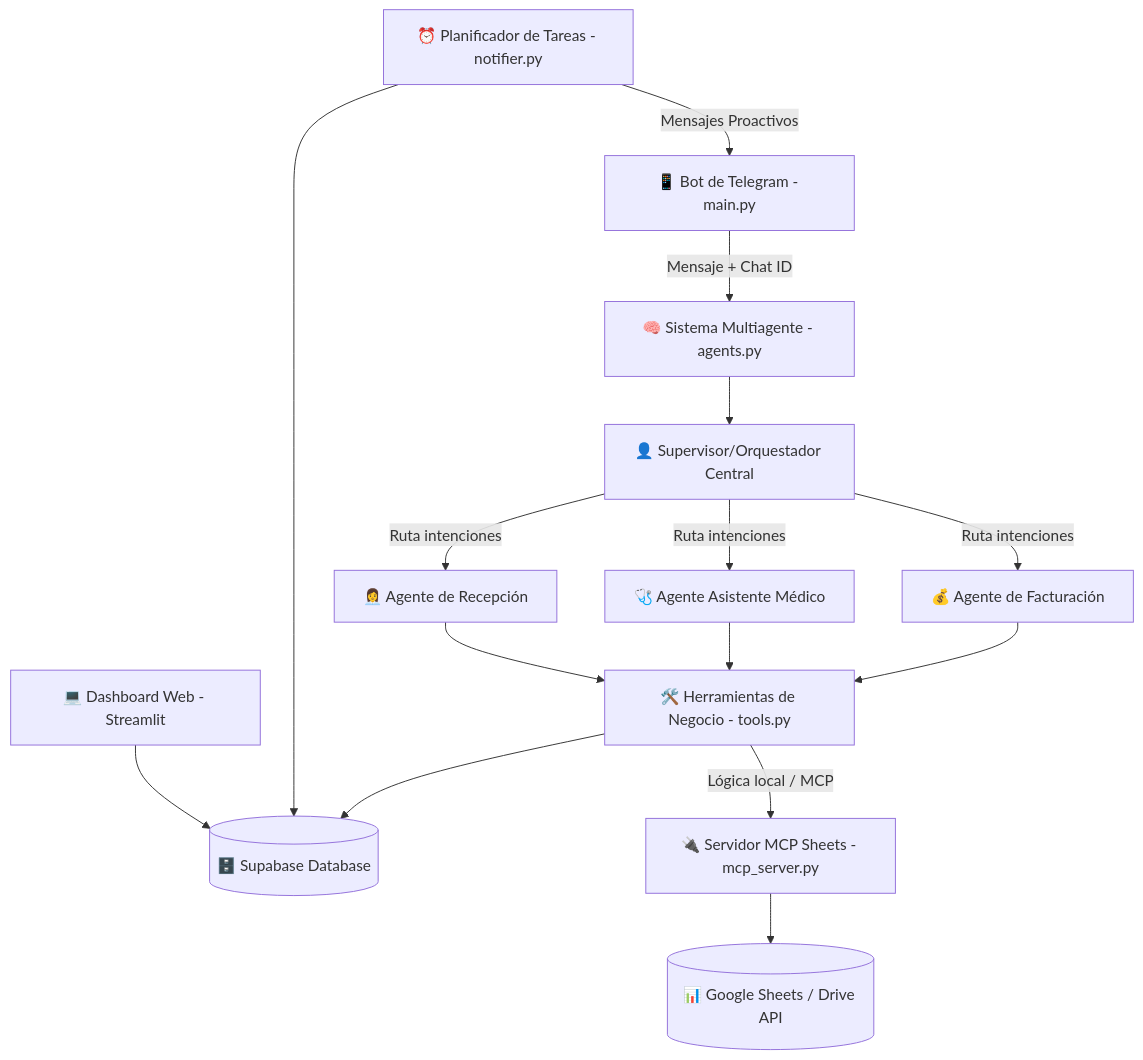
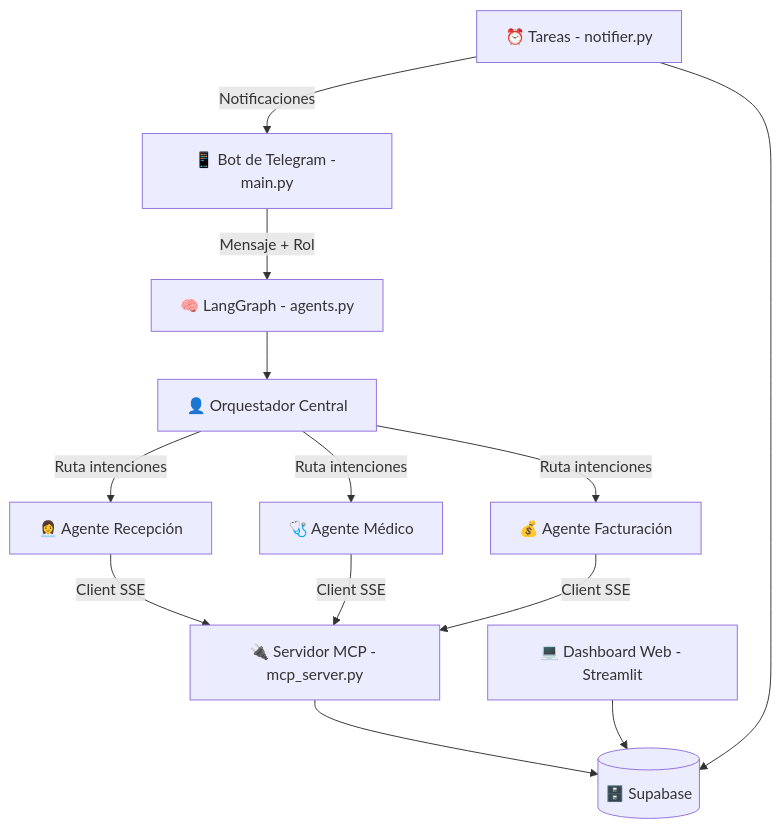
The first of 2 diagrams in doc/arquitectura_proyecto.md (IzpoDev/SMA_AutomaDent), drawn with Mermaid before and after one commit. The commit also changed other lines of this file and 2 other files, not shown here.

````diff
--- a/doc/arquitectura_proyecto.md
+++ b/doc/arquitectura_proyecto.md
@@ -11,43 +11,36 @@
 ```mermaid
 graph TD
     %% Interfaces
     Telegram[📱 Bot de Telegram - main.py]
     Dashboard[💻 Dashboard Web - Streamlit]
-    Cron[⏰ Planificador de Tareas - notifier.py]
+    Cron[⏰ Tareas - notifier.py]
 
-    %% Backend/Orquestador
-    DB[(🗄️ Supabase Database)]
-    SMA[🧠 Sistema Multiagente - agents.py]
-    Supervisor[👤 Supervisor/Orquestador Central]
+    %% Capa de Orquestación e IA
+    SMA[🧠 LangGraph - agents.py]
+    Supervisor[👤 Orquestador Central]
+    Recepcion[👩‍💼 Agente Recepción]
+    Medico[🩺 Agente Médico]
+    Facturacion[💰 Agente Facturación]
 
-    %% Agentes
-    Recepcion[👩‍💼 Agente de Recepción]
-    Medico[🩺 Agente Asistente Médico]
-    Facturacion[💰 Agente de Facturación]
-
-    %% Integraciones y Herramientas
-    Tools[🛠️ Herramientas de Negocio - tools.py]
-    MCPServer[🔌 Servidor MCP Sheets - mcp_server.py]
-    GoogleSheets[(📊 Google Sheets / Drive API)]
+    %% Capa de Datos (MCP)
+    MCPServer[🔌 Servidor MCP - mcp_server.py]
+    DB[(🗄️ Supabase)]
 
     %% Flujos Principales
-    Telegram -->|Mensaje + Chat ID| SMA
+    Telegram -->|Mensaje + Rol| SMA
     SMA --> Supervisor
     Supervisor -->|Ruta intenciones| Recepcion
     Supervisor -->|Ruta intenciones| Medico
     Supervisor -->|Ruta intenciones| Facturacion
 
-    %% Acceso a herramientas y base de datos
-    Recepcion --> Tools
-    Medico --> Tools
-    Facturacion --> Tools
+    %% Conexión de herramientas MCP
+    Recepcion -- "Client SSE" --> MCPServer
+    Medico -- "Client SSE" --> MCPServer
+    Facturacion -- "Client SSE" --> MCPServer
     
-    Tools --> DB
-    Tools -->|Lógica local / MCP| MCPServer
-    MCPServer --> GoogleSheets
-
-    %% Otras interfaces a base de datos
+    %% Base de Datos
+    MCPServer --> DB
     Dashboard --> DB
     Cron --> DB
-    Cron -->|Mensajes Proactivos| Telegram
+    Cron -->|Notificaciones| Telegram
 ```
````
